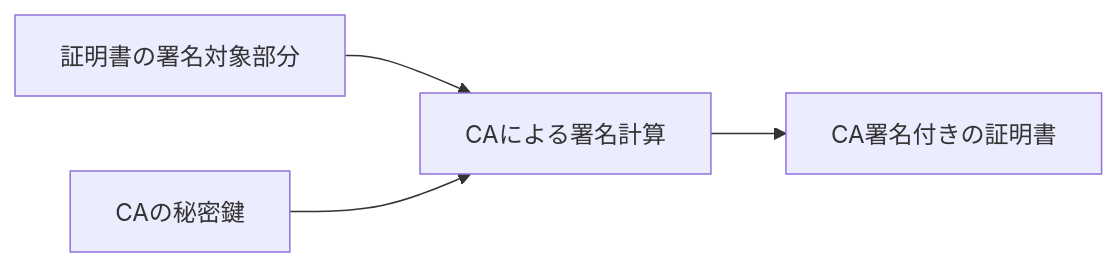
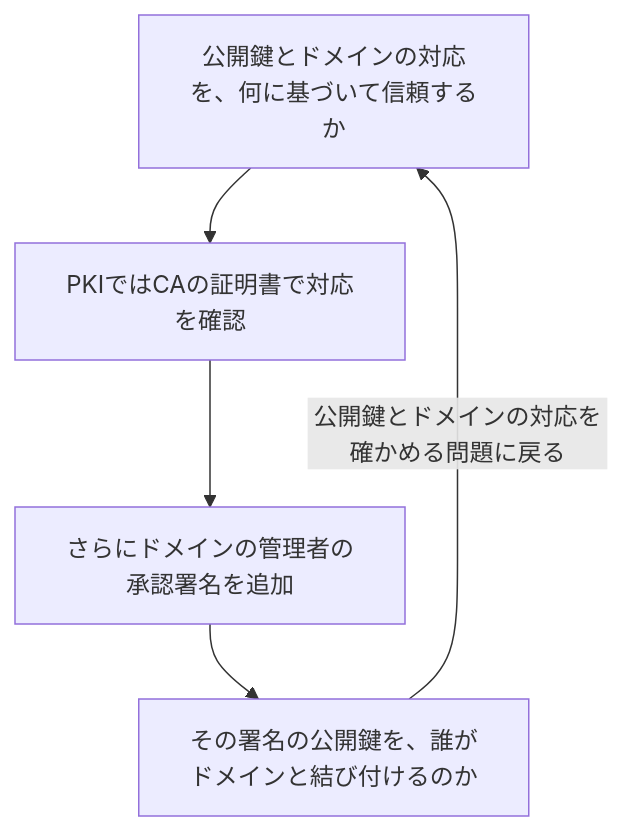
One commit to aurora1530/learning-materials changed the fourth of 9 diagrams in docs/security/20261113-tls-pki-emudhra.md. Above: the diagram before and after it, drawn with Mermaid. The commit also changed other lines of this file, not shown here.

````diff
--- a/docs/security/20261113-tls-pki-emudhra.md
+++ b/docs/security/20261113-tls-pki-emudhra.md
@@ -82,6 +127,7 @@
 ```mermaid
-flowchart LR
-    A["証明書の署名対象部分"] --> C["CAによる署名計算"]
-    B["CAの秘密鍵"] --> C
-    C --> D["CA署名付きの証明書"]
+flowchart TD
+    A["公開鍵とドメインの対応を、何に基づいて信頼するか"] --> B["PKIではCAの証明書で対応を確認"]
+    B --> C["さらにドメインの管理者の承認署名を追加"]
+    C --> D["その署名の公開鍵を、誰がドメインと結び付けるのか"]
+    D -->|公開鍵とドメインの対応を確かめる問題に戻る| A
 ```
````
